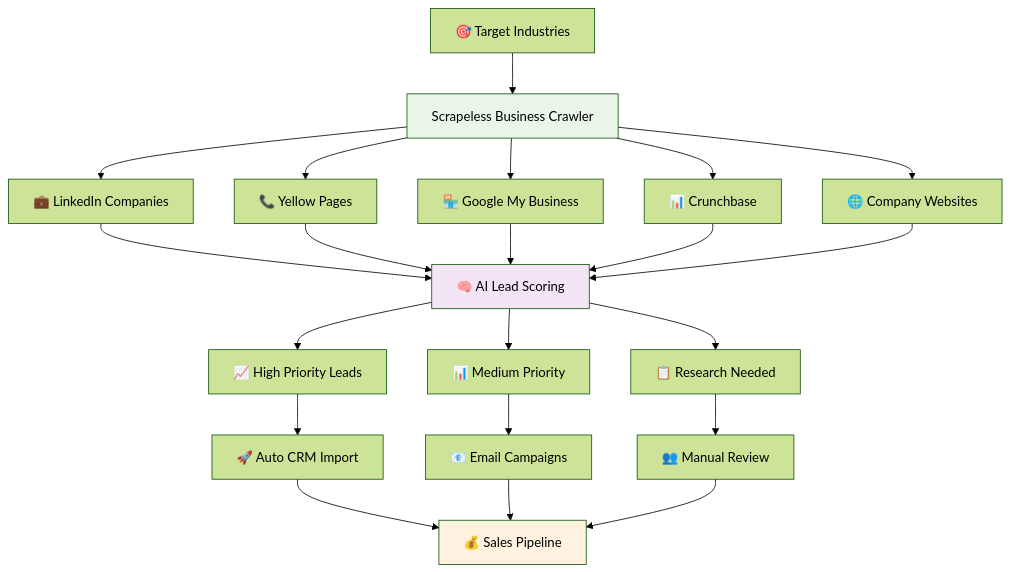
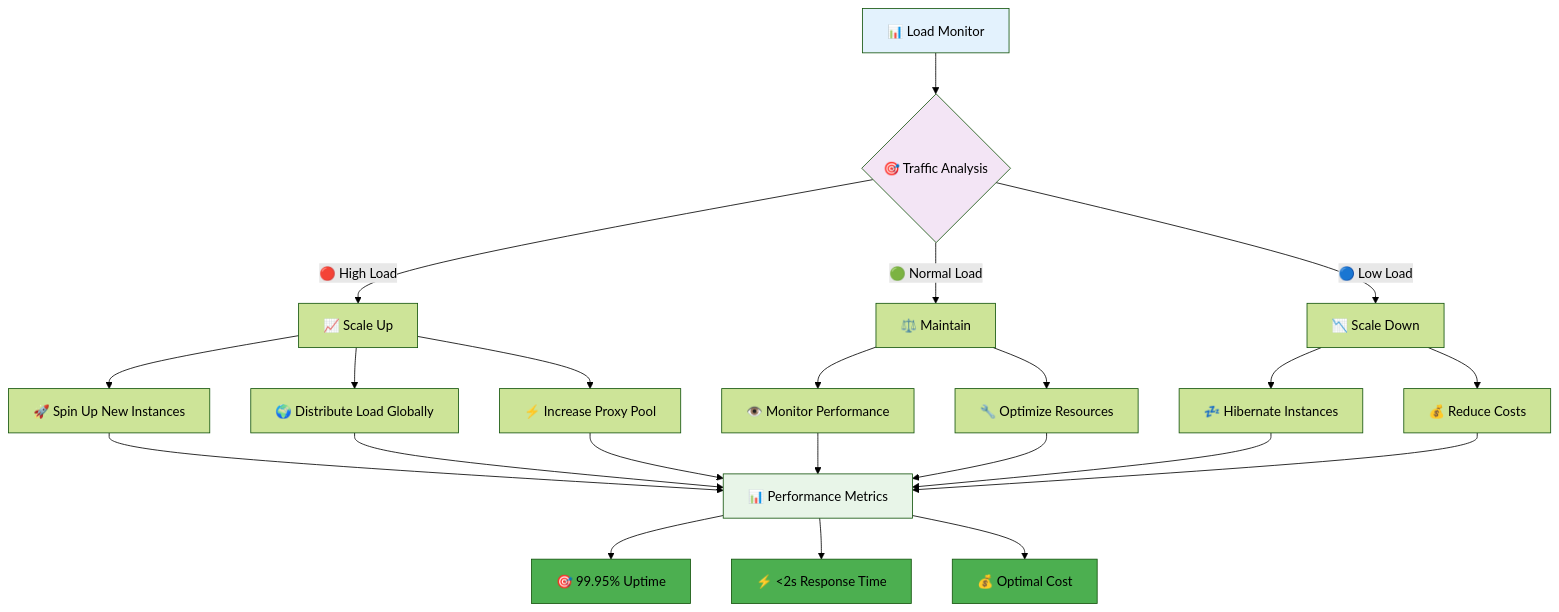
Before and after one commit to itsOwen/scrapeless: the fifth of 10 diagrams in README.md, drawn with Mermaid (forest theme). The commit also changed other lines of this file, not shown here.

````diff
--- a/README.md
+++ b/README.md
@@ -823,32 +895,37 @@
 ```mermaid
-graph TD
-    A[🎯 Target Industries] --> B[Scrapeless Business Crawler]
+graph TB
+    A[📊 Load Monitor] --> B{🎯 Traffic Analysis}
     
-    B --> C[💼 LinkedIn Companies]
-    B --> D[📞 Yellow Pages]
-    B --> E[🏪 Google My Business]
-    B --> F[📊 Crunchbase]
-    B --> G[🌐 Company Websites]
+    B -->|🔴 High Load| C[📈 Scale Up]
+    B -->|🟢 Normal Load| D[⚖️ Maintain]  
+    B -->|🔵 Low Load| E[📉 Scale Down]
     
-    C --> H[🧠 AI Lead Scoring]
-    D --> H
-    E --> H
-    F --> H
-    G --> H
+    C --> F[🚀 Spin Up New Instances]
+    C --> G[🌍 Distribute Load Globally]
+    C --> H[⚡ Increase Proxy Pool]
     
-    H --> I[📈 High Priority Leads]
-    H --> J[📊 Medium Priority]
-    H --> K[📋 Research Needed]
+    D --> I[👁️ Monitor Performance]
+    D --> J[🔧 Optimize Resources]
     
-    I --> L[🚀 Auto CRM Import]
-    J --> M[📧 Email Campaigns]
-    K --> N[👥 Manual Review]
+    E --> K[💤 Hibernate Instances]
+    E --> L[💰 Reduce Costs]
     
-    L --> O[💰 Sales Pipeline]
-    M --> O
-    N --> O
+    F --> M[📊 Performance Metrics]
+    G --> M
+    H --> M
+    I --> M
+    J --> M
+    K --> M
+    L --> M
     
-    style B fill:#e8f5e8
-    style H fill:#f3e5f5
-    style O fill:#fff3e0
+    M --> N[🎯 99.95% Uptime]
+    M --> O[⚡ <2s Response Time]
+    M --> P[💰 Optimal Cost]
+    
+    style A fill:#e3f2fd
+    style B fill:#f3e5f5
+    style M fill:#e8f5e8
+    style N fill:#4caf50
+    style O fill:#4caf50
+    style P fill:#4caf50
 ```
````
